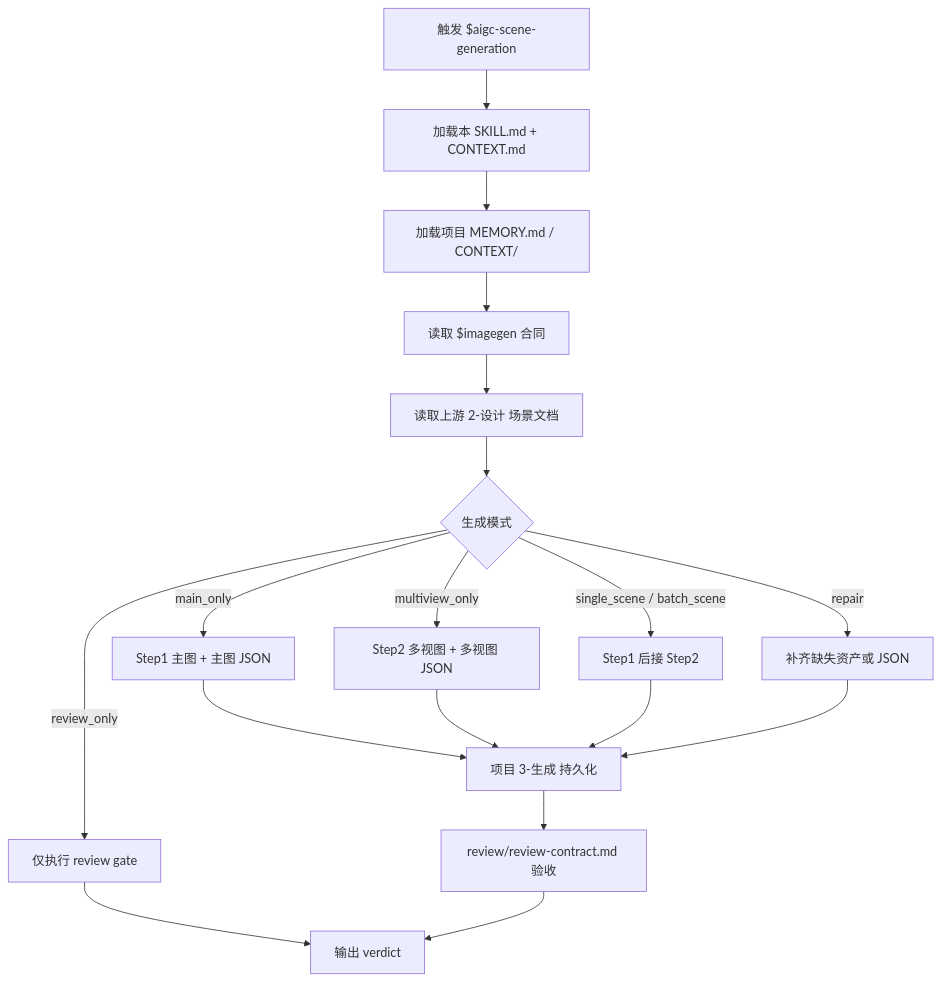
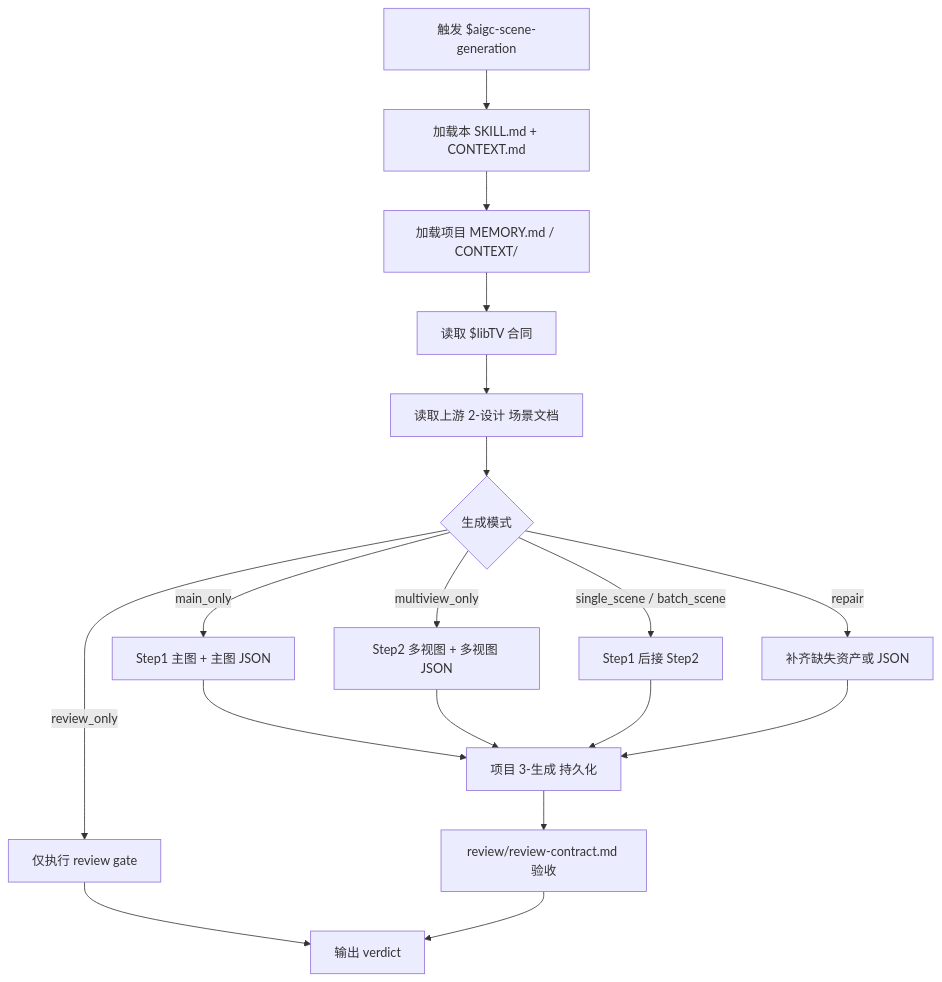
Before and after one commit to ZEN-VOID/AI-CUT: the first of 3 diagrams in .agents/skills/aigc/3-主体/场景/3-生成/SKILL.md, drawn with Mermaid. The commit also changed other lines of this file and 439 other files, not shown here.

````diff
--- a/.agents/skills/aigc/3-主体/场景/3-生成/SKILL.md
+++ b/.agents/skills/aigc/3-主体/场景/3-生成/SKILL.md
@@ -96,20 +117,20 @@
 ```mermaid
 flowchart TD
     A["触发 $aigc-scene-generation"] --> B["加载本 SKILL.md + CONTEXT.md"]
     B --> C["加载项目 MEMORY.md / CONTEXT/"]
-    C --> D["读取 $imagegen 合同"]
+    C --> D["读取 $libTV 合同"]
     D --> E["读取上游 2-设计 场景文档"]
     E --> F{"生成模式"}
     F -->|"main_only"| G["Step1 主图 + 主图 JSON"]
     F -->|"multiview_only"| H["Step2 多视图 + 多视图 JSON"]
     F -->|"single_scene / batch_scene"| I["Step1 后接 Step2"]
     F -->|"repair"| J["补齐缺失资产或 JSON"]
     F -->|"review_only"| K["仅执行 review gate"]
     G --> L["项目 3-生成 持久化"]
     H --> L
     I --> L
     J --> L
     K --> M["输出 verdict"]
     L --> N["review/review-contract.md 验收"]
     N --> M
 ```
````
